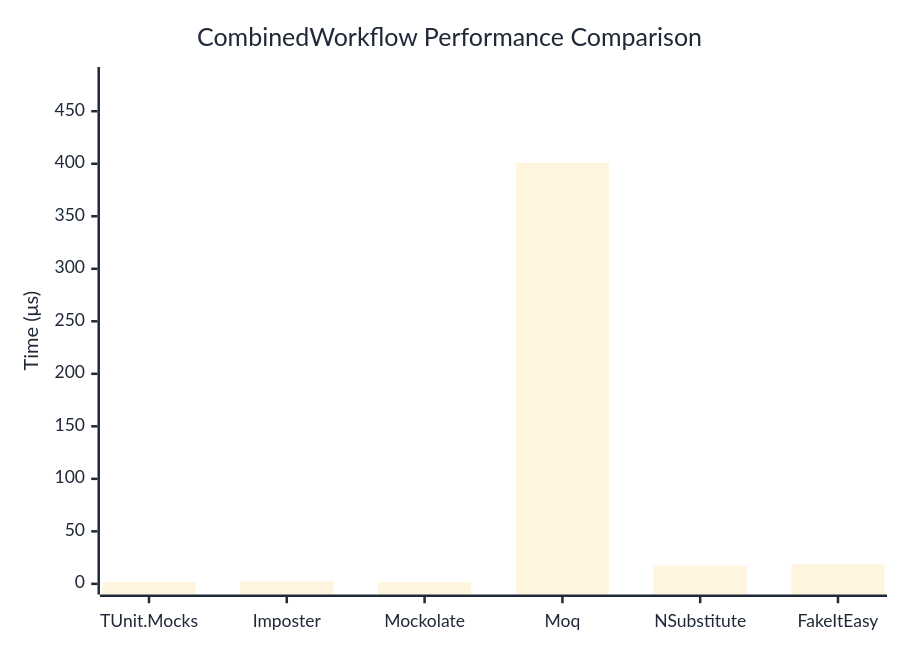
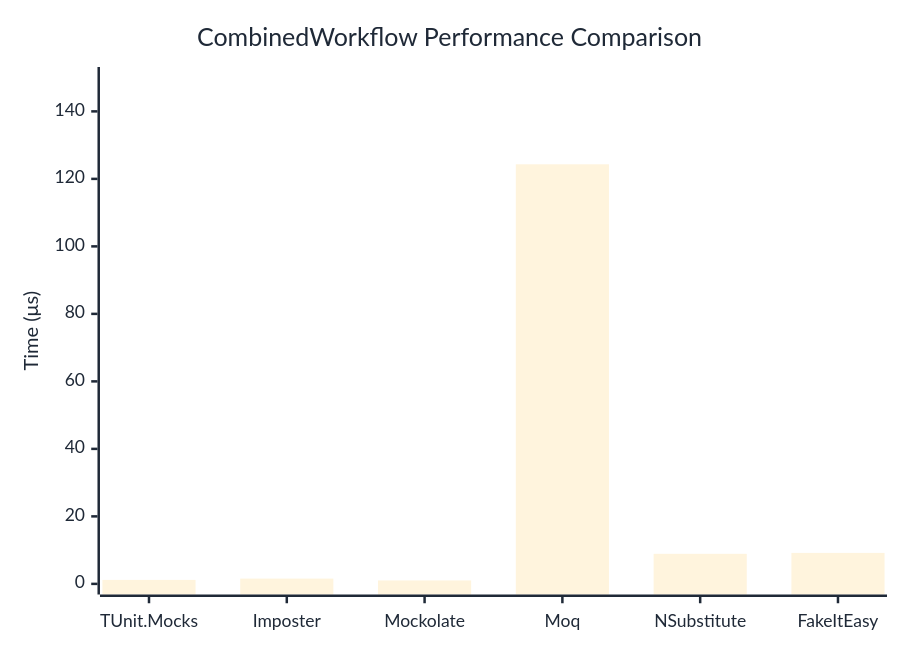
The diagram in docs/docs/benchmarks/mocks/CombinedWorkflow.md (thomhurst/TUnit), drawn with Mermaid before and after one commit. The commit also changed other lines of this file and 14 other files, not shown here.

````diff
--- a/docs/docs/benchmarks/mocks/CombinedWorkflow.md
+++ b/docs/docs/benchmarks/mocks/CombinedWorkflow.md
@@ -30,27 +30,27 @@
 ```mermaid
 %%{init: {
   'theme':'base',
   'themeVariables': {
     'primaryColor': '#2563eb',
     'primaryTextColor': '#1f2937',
     'primaryBorderColor': '#1e40af',
     'lineColor': '#6b7280',
     'secondaryColor': '#7c3aed',
     'tertiaryColor': '#dc2626',
     'background': '#ffffff',
     'pie1': '#2563eb',
     'pie2': '#7c3aed',
     'pie3': '#dc2626',
     'pie4': '#f59e0b',
     'pie5': '#10b981',
     'pie6': '#06b6d4',
     'pie7': '#ec4899',
     'pie8': '#6366f1'
   }
 }}%%
 xychart-beta
   title "CombinedWorkflow Performance Comparison"
   x-axis ["TUnit.Mocks", "Imposter", "Mockolate", "Moq", "NSubstitute", "FakeItEasy"]
-  y-axis "Time (μs)" 0 --> 482
-  bar [1.884, 2.556, 1.589, 400.863, 17.322, 18.466]
+  y-axis "Time (μs)" 0 --> 150
+  bar [1.173, 1.565, 1.018, 124.317, 8.903, 9.18]
 ```
````
